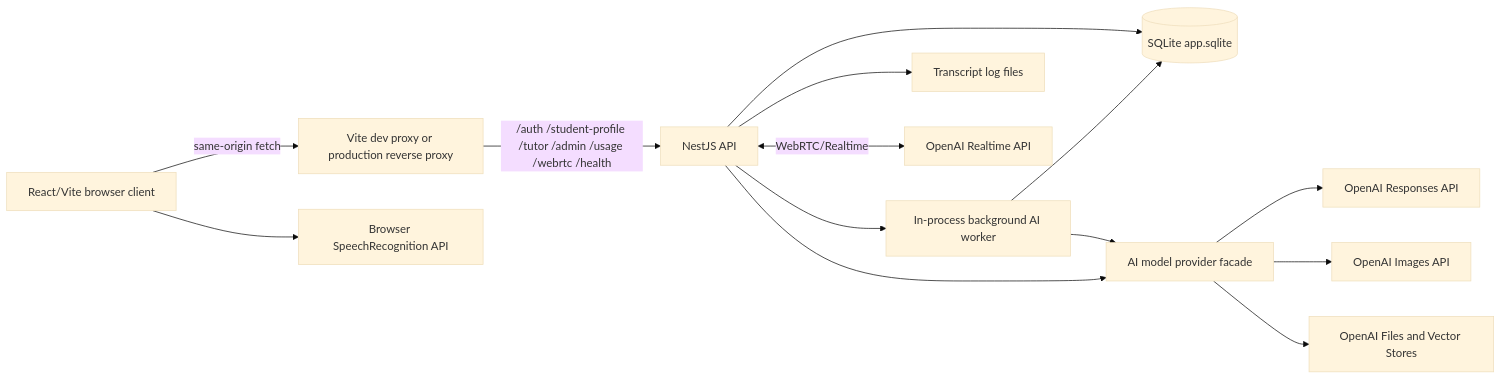
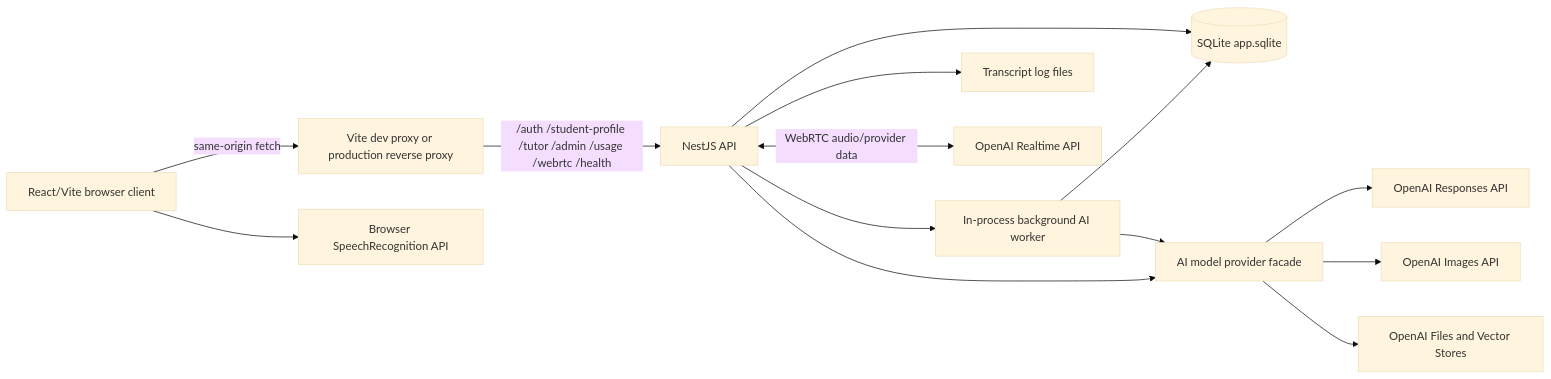
The diagram in .ai/project/architecture.md (atvardovsky/EGMathTeacher), drawn with Mermaid (base theme) before and after one commit. The commit also changed other lines of this file and 46 other files, not shown here.

````diff
--- a/.ai/project/architecture.md
+++ b/.ai/project/architecture.md
@@ -62,16 +64,16 @@
 ```mermaid
 flowchart LR
   Browser[React/Vite browser client] -->|same-origin fetch| WebHost[Vite dev proxy or production reverse proxy]
   WebHost -->|/auth /student-profile /tutor /admin /usage /webrtc /health| API[NestJS API]
   API --> SQLite[(SQLite app.sqlite)]
   API --> BackgroundJobs[In-process background AI worker]
   BackgroundJobs --> SQLite
   BackgroundJobs --> ModelProvider
   API --> Logs[Transcript log files]
   API --> ModelProvider[AI model provider facade]
   ModelProvider --> OpenAIResponses[OpenAI Responses API]
   ModelProvider --> OpenAIImages[OpenAI Images API]
   ModelProvider --> OpenAIFiles[OpenAI Files and Vector Stores]
-  API <-->|WebRTC/Realtime| OpenAIRealtime[OpenAI Realtime API]
+  API <-->|WebRTC audio/provider data| OpenAIRealtime[OpenAI Realtime API]
   Browser --> Speech[Browser SpeechRecognition API]
 ```
````
